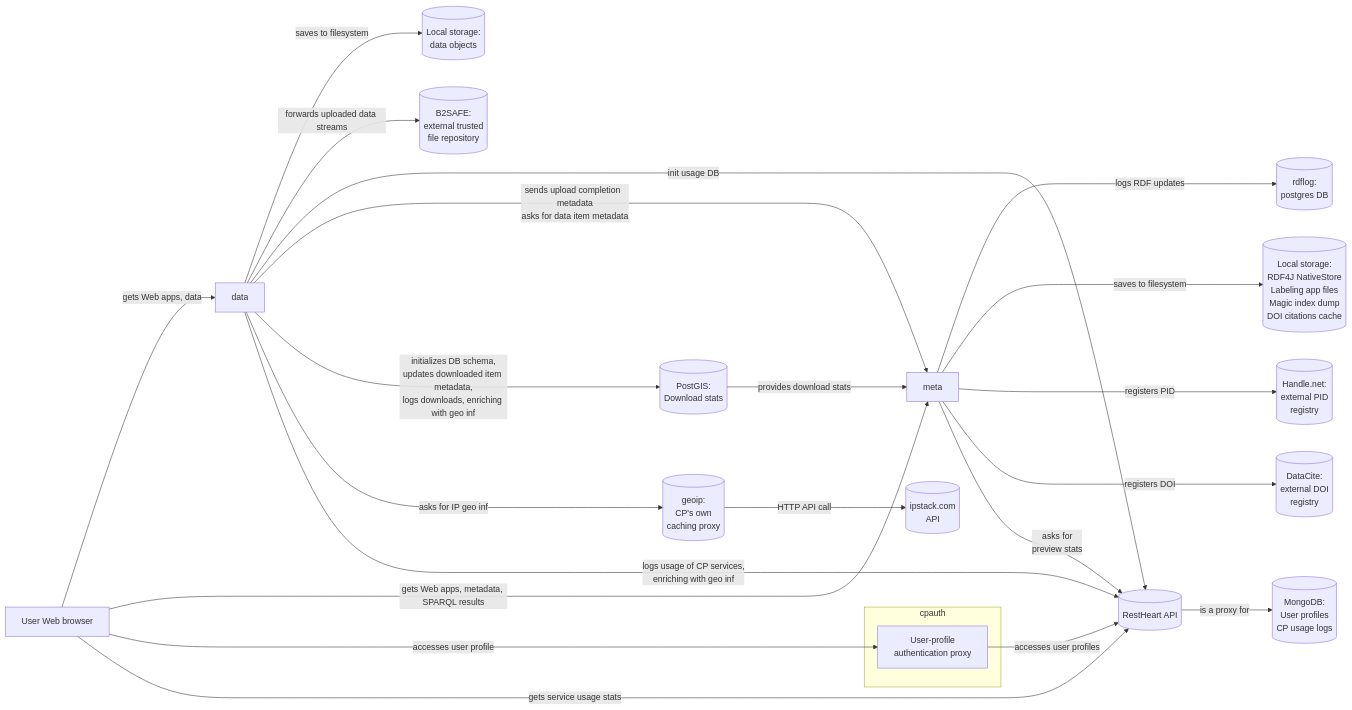
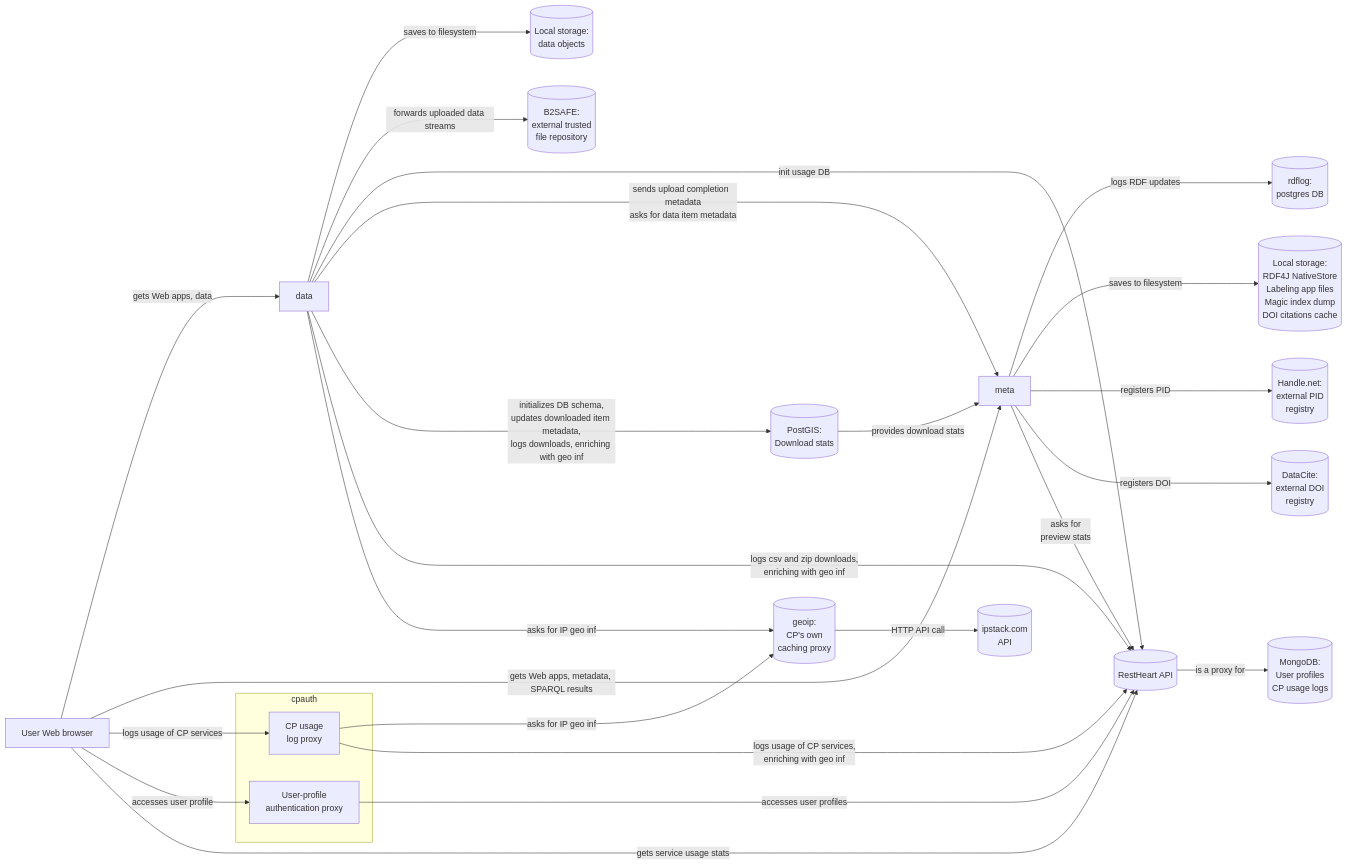
One commit to ICOS-Carbon-Portal/infrastructure changed the diagram in README.md. Above: the diagram before and after it, drawn with Mermaid.

Commit message:
[cities-deployment] update communications diagram

````diff
--- a/README.md
+++ b/README.md
@@ -11,41 +11,45 @@
 ```mermaid
 flowchart LR
 
 datastorage[(Local storage:<br>data objects)]
 b2safe[(B2SAFE:<br>external trusted<br>file repository)]
 user[User Web browser]
 cpdata[data]
 postgis[(PostGIS:<br>Download stats)]
 cpmeta[meta]
 rdflog[(rdflog:<br>postgres DB)]
 metastorage[(Local storage:<br>RDF4J NativeStore<br>Labeling app files<br>Magic index dump<br>DOI citations cache)]
 handle[(Handle.net:<br>external PID<br>registry)]
 doi[(DataCite:<br>external DOI<br>registry)]
 subgraph cpauth[cpauth]
+    usagelogproxy[CP usage<br>log proxy]
     profileproxy[User-profile<br>authentication proxy]
 end
 geoip[(geoip:<br>CP's own<br>caching proxy)]
 ipstack[(ipstack.com<br>API)]
 restheart[(RestHeart API)]
 mongo[(MongoDB:<br>User profiles<br>CP usage logs)]
 cpdata --saves to filesystem--> datastorage
 cpdata --forwards uploaded data streams--> b2safe
 cpdata --init usage DB--> restheart
 cpdata --sends upload completion  metadata<br>asks for data item metadata--> cpmeta
 cpdata --initializes DB schema,<br>updates downloaded item metadata,<br>logs downloads, enriching with geo info--> postgis
+cpdata --logs csv and zip downloads,<br>enriching with geo info--> restheart
 cpdata --asks for IP geo info--> geoip
-cpdata --logs usage of CP services,<br>enriching with geo info--> restheart
 user --gets Web apps, data--> cpdata
 user --gets Web apps, metadata, SPARQL results--> cpmeta
+user --logs usage of CP services--> usagelogproxy
 user --accesses user profile--> profileproxy
 user --gets service usage stats--> restheart
 cpmeta --logs RDF updates---> rdflog
 cpmeta --saves to filesystem---> metastorage
 postgis --provides download stats--> cpmeta
 cpmeta --registers PID---> handle
 cpmeta --registers DOI---> doi
 cpmeta --asks for<br>preview stats--> restheart
 restheart --is a proxy for--> mongo
+usagelogproxy --asks for IP geo info--> geoip
+usagelogproxy --logs usage of CP services,<br>enriching with geo info--> restheart
 profileproxy --accesses user profiles--> restheart
 geoip --HTTP API call--> ipstack
 ```
````
